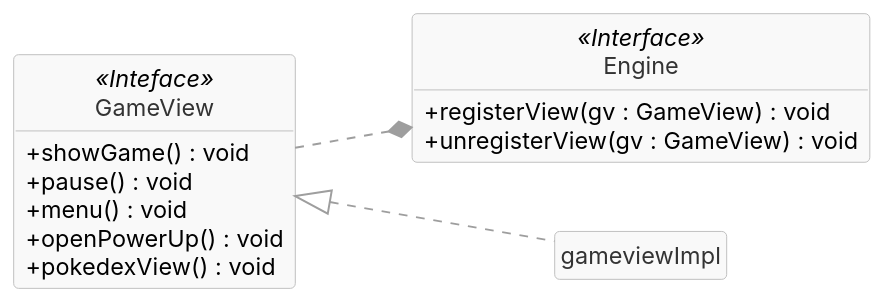
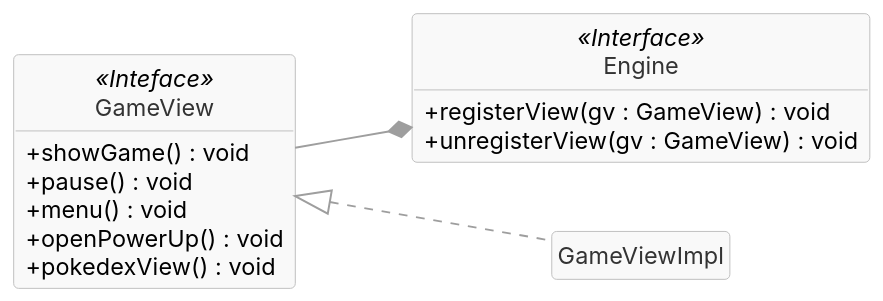
The diagram in report/uml/observer.puml (GiocoMatto/OOP25-wildenc), drawn with PlantUML before and after one commit. The commit also changed 27 other files, not shown here.

```diff
--- a/report/uml/observer.puml
+++ b/report/uml/observer.puml
@@ -1,59 +1,59 @@
 @startuml Observer
 
 ' =========================
 '  Style
 ' =========================
 
 left to right direction
 
 skinparam shadowing false
 skinparam roundcorner 5
 skinparam dpi 150
 
 skinparam DefaultFontName "Inter"
 skinparam DefaultFontSize 12
 skinparam classAttributeIconSize 0
 
 skinparam class {
   BackgroundColor #F9F9F9
   BorderColor #BFBFBF
   FontColor #333333
 }
 
 skinparam Arrow {
   Color #9E9E9E
   Thickness 1
 }
 
 hide circle
 hide empty members
 
 ' =========================
 '  Classes
 ' =========================
 
 class Engine <<Interface>>{
     +registerView(gv : GameView) : void
     +unregisterView(gv : GameView) : void
 }
 
 class GameView <<Inteface>> {
     +showGame() : void
     +pause() : void
     +menu() : void
     +openPowerUp() : void
     +pokedexView() : void
 }
 
-class gameviewImpl {
+class GameViewImpl {
 
 }
 
 ' =========================
 '  Relations
 ' =========================
 
-GameView ..* Engine
-GameView <|.. gameviewImpl
+GameView --* Engine
+GameView <|.. GameViewImpl
 
 @enduml
```
